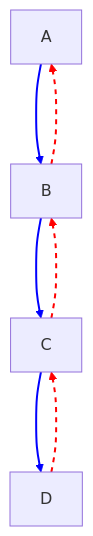
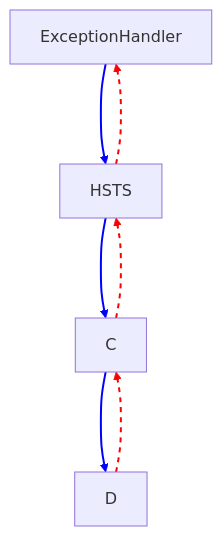
The diagram in z4.md (Rick-Anderson/Report), drawn with Mermaid before and after one commit.

````diff
--- a/z4.md
+++ b/z4.md
@@ -1,17 +1,17 @@
 ```mermaid
 graph TD;
-    A -->B
-    B-->C
+    ExceptionHandler -->HSTS
+    HSTS-->C
     C-->D
     D--->C
-    C--->B
-    B--->A
+    C--->HSTS
+    HSTS--->ExceptionHandler
 
     linkStyle 0 stroke-width:2px,fill:none,stroke:blue;
     linkStyle 1 stroke-width:2px,fill:none,stroke:blue;
     linkStyle 2 stroke-width:2px,fill:none,stroke:blue;
     linkStyle 3 stroke-dasharray: 5 5, stroke-width:2px,fill:none,stroke:red;
     linkStyle 4 stroke-dasharray: 5 5, stroke-width:2px,fill:none,stroke:red;
     linkStyle 5 stroke-dasharray: 5 5, stroke-width:2px,fill:none,stroke:red;
 
 ```
````
